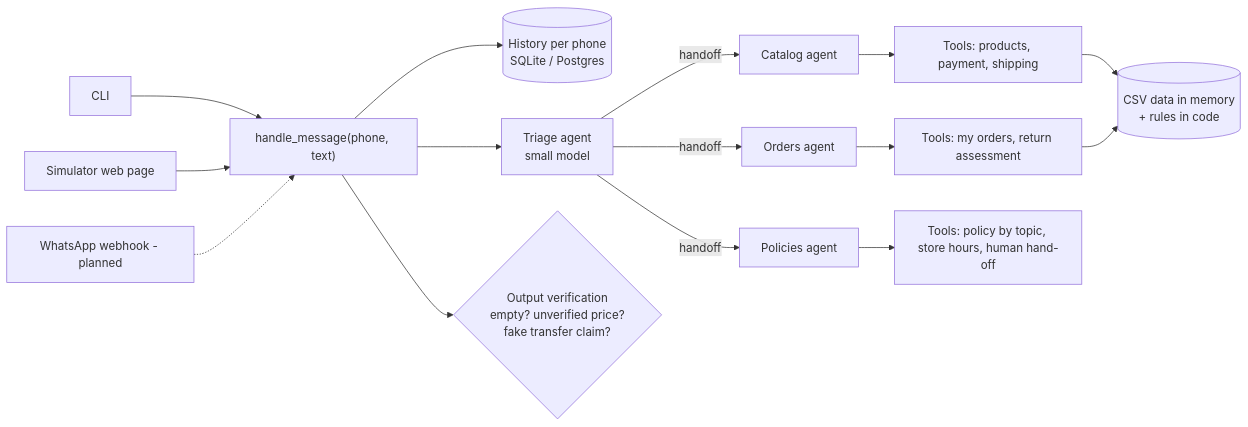
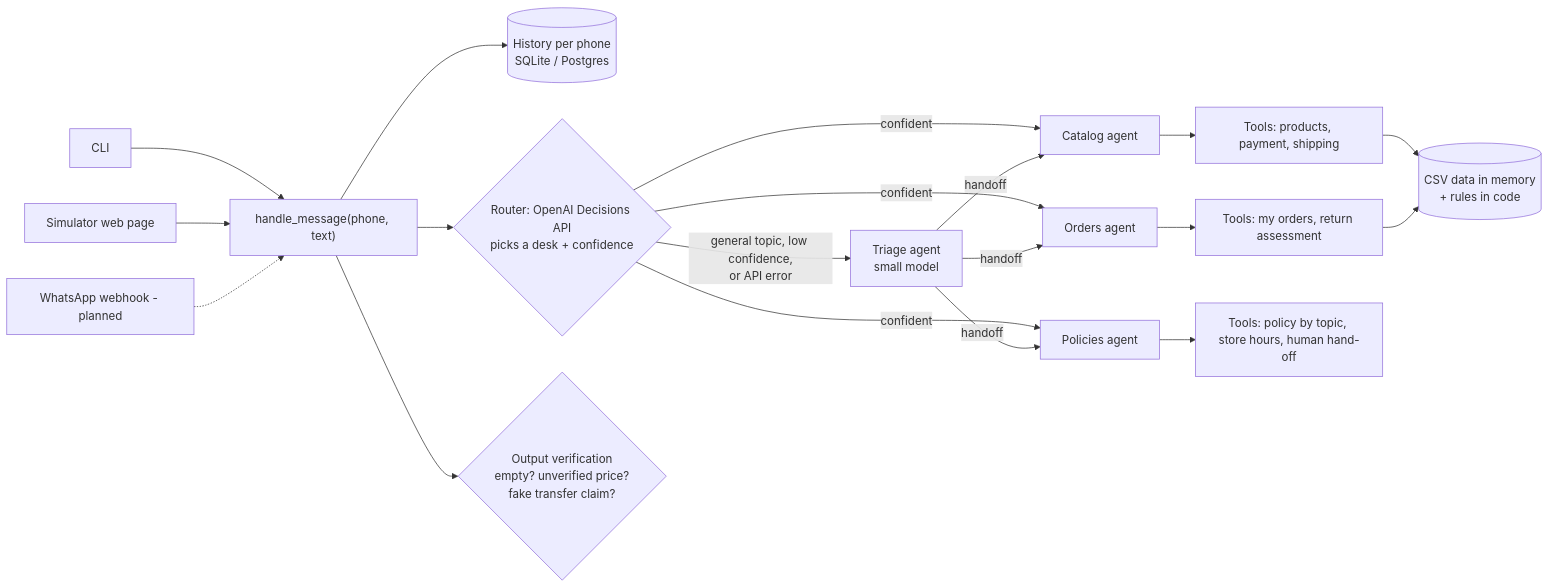
One commit to pgmaximo/emporio-da-musica-agent changed the diagram in README.md. Above: the diagram before and after it, drawn with Mermaid. The commit also changed other lines of this file and 13 other files, not shown here.

First line of the commit message:
feat: route with the OpenAI Decisions API, keep the triage agent as fallback

````diff
--- a/README.md
+++ b/README.md
@@ -60,17 +60,21 @@
 ```mermaid
 flowchart LR
     C1[CLI] --> H
     C2[Simulator web page] --> H
     C3[WhatsApp webhook - planned] -.-> H
     H["handle_message(phone, text)"] --> S[(History per phone<br/>SQLite / Postgres)]
-    H --> T[Triage agent<br/>small model]
-    T -->|handoff| CA[Catalog agent]
-    T -->|handoff| OR[Orders agent]
-    T -->|handoff| PO[Policies agent]
+    H --> R{"Router: OpenAI Decisions API<br/>picks a desk + confidence"}
+    R -->|confident| CA[Catalog agent]
+    R -->|confident| OR[Orders agent]
+    R -->|confident| PO[Policies agent]
+    R -->|general topic, low confidence,<br/>or API error| T[Triage agent<br/>small model]
+    T -->|handoff| CA
+    T -->|handoff| OR
+    T -->|handoff| PO
     CA --> TL[Tools: products, payment, shipping]
     OR --> TL2[Tools: my orders, return assessment]
     PO --> TL3[Tools: policy by topic, store hours, human hand-off]
     TL --> D[(CSV data in memory<br/>+ rules in code)]
     TL2 --> D
     H --> V{Output verification<br/>empty? unverified price?<br/>fake transfer claim?}
 ```
````
